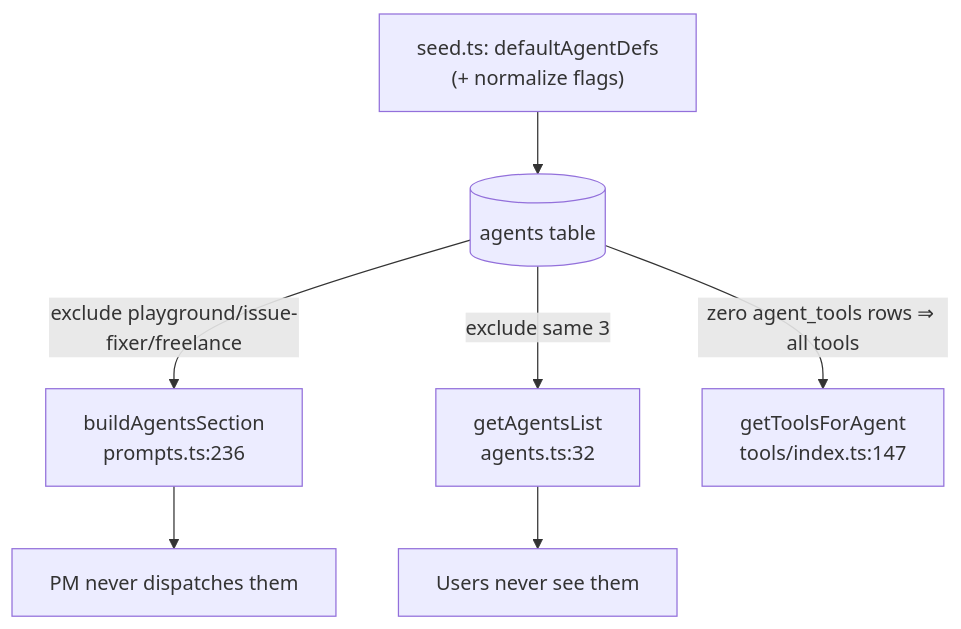
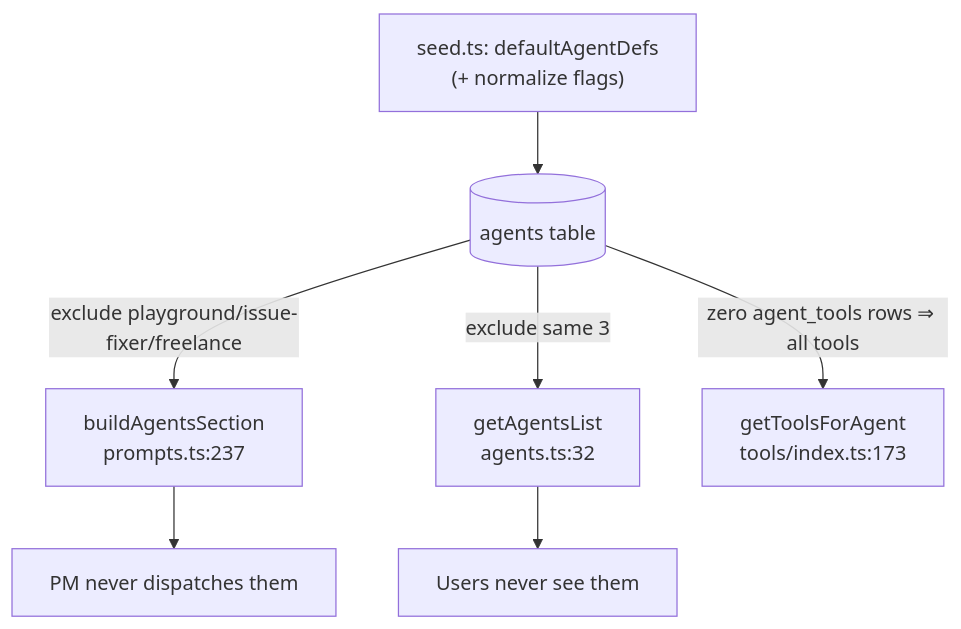
One commit to sarfraznawaz2005/agentdesk changed the diagram in project-wiki/reference/agent-roster.md. Above: the diagram before and after it, drawn with Mermaid. The commit also changed other lines of this file and 38 other files, not shown here.

````diff
--- a/project-wiki/reference/agent-roster.md
+++ b/project-wiki/reference/agent-roster.md
@@ -143,9 +151,9 @@
 ```mermaid
 flowchart TD
   S["seed.ts: defaultAgentDefs<br/>(+ normalize flags)"] --> A[(agents table)]
-  A -->|"exclude playground/issue-fixer/freelance"| PM["buildAgentsSection<br/>prompts.ts:236"]
+  A -->|"exclude playground/issue-fixer/freelance"| PM["buildAgentsSection<br/>prompts.ts:237"]
   A -->|"exclude same 3"| UI["getAgentsList<br/>agents.ts:32"]
-  A -->|"zero agent_tools rows ⇒ all tools"| TR["getToolsForAgent<br/>tools/index.ts:147"]
+  A -->|"zero agent_tools rows ⇒ all tools"| TR["getToolsForAgent<br/>tools/index.ts:173"]
   PM --> X["PM never dispatches them"]
   UI --> Y["Users never see them"]
 ```
````
